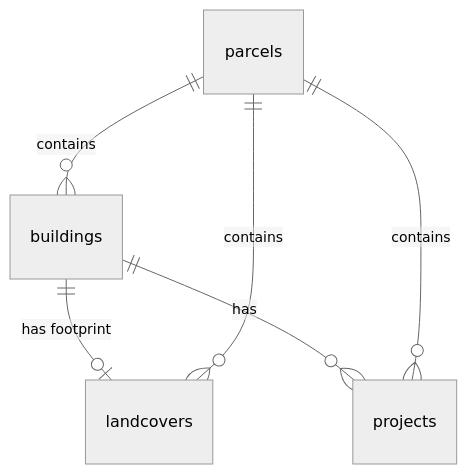
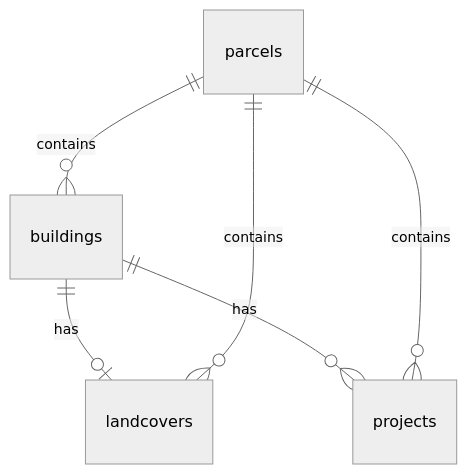
One commit to davras5/OpenBuildings changed the diagram in README.md. Above: the diagram before and after it, drawn with Mermaid (neutral theme). The commit also changed other lines of this file, not shown here.

````diff
--- a/README.md
+++ b/README.md
@@ -108,8 +123,8 @@
 ```mermaid
 erDiagram
-    parcels ||--o{ buildings : "contains"
-    buildings ||--o| landcovers : "has footprint"
-    parcels ||--o{ landcovers : "contains"
-    buildings ||--o{ projects : "has"
-    parcels ||--o{ projects : "contains"
+    parcels ||--o{ buildings : contains
+    buildings ||--o| landcovers : has
+    parcels ||--o{ landcovers : contains
+    buildings ||--o{ projects : has
+    parcels ||--o{ projects : contains
 ```
````
